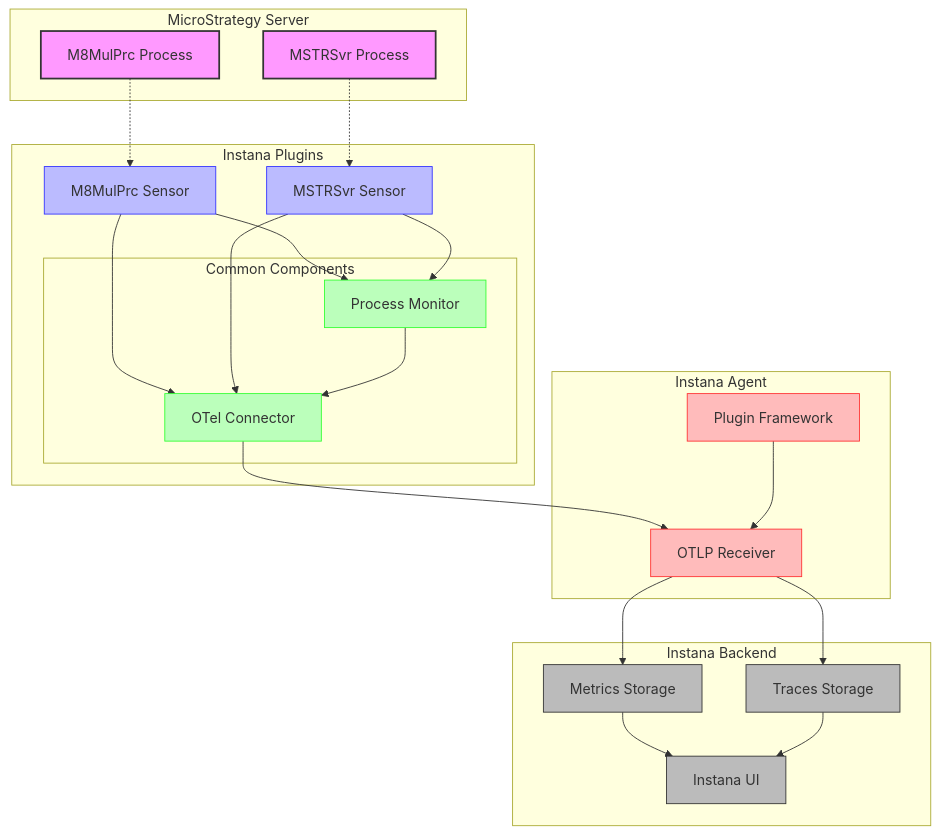
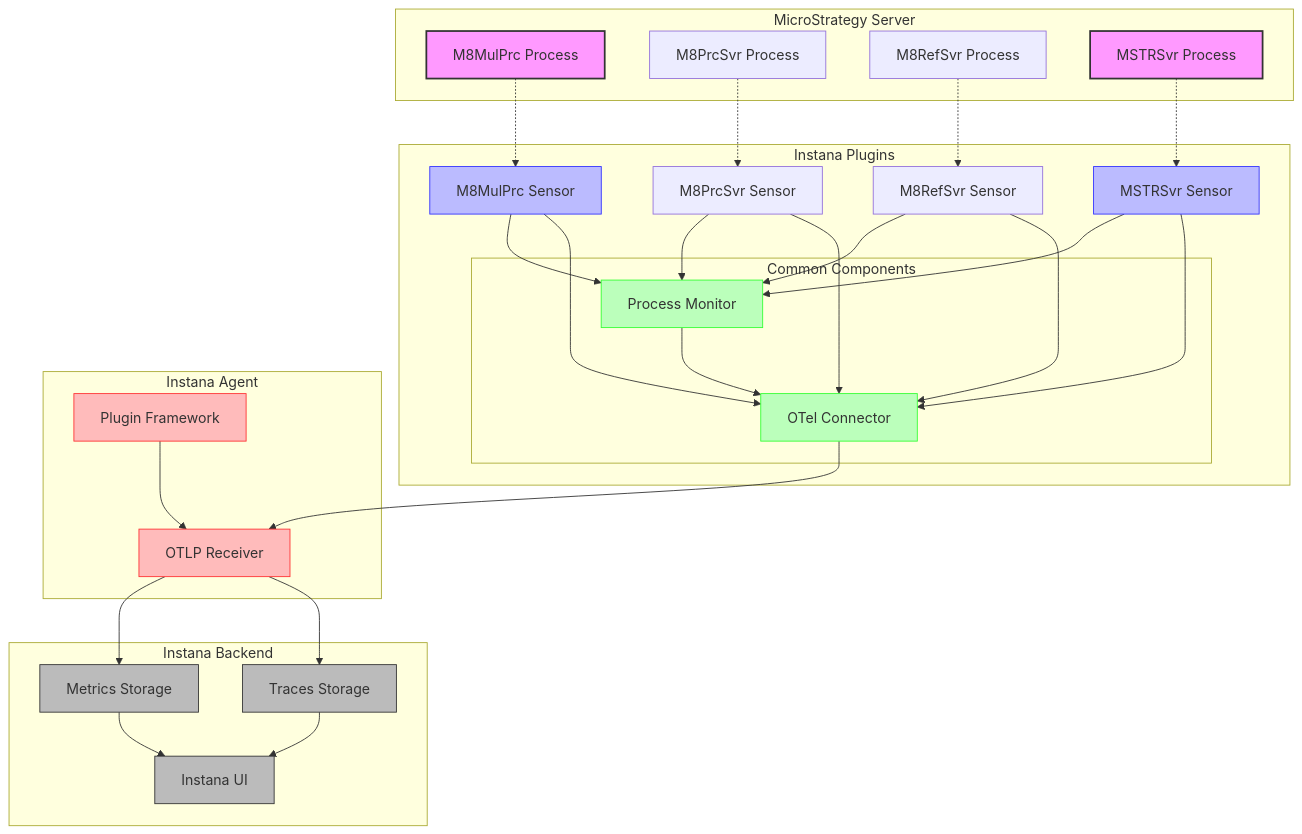
The diagram in README.md (laplaque/instana_plugins), drawn with Mermaid before and after one commit. The commit also changed other lines of this file and 6 other files, not shown here.

Commit message:
Update M8PrcSvr plugin to version 0.0.10

````diff
--- a/README.md
+++ b/README.md
@@ -31,56 +33,66 @@
 ```mermaid
 graph TD
     subgraph "MicroStrategy Server"
         M8["M8MulPrc Process"] 
+        M8P["M8PrcSvr Process"]
+        M8R["M8RefSvr Process"]
         MS["MSTRSvr Process"]
     end
     
     subgraph "Instana Plugins"
         M8S["M8MulPrc Sensor"]
+        M8PS["M8PrcSvr Sensor"]
+        M8RS["M8RefSvr Sensor"]
         MSS["MSTRSvr Sensor"]
         
         subgraph "Common Components"
             PM["Process Monitor"]
             OTEL["OTel Connector"]
         end
         
         M8S --> PM
+        M8PS --> PM
+        M8RS --> PM
         MSS --> PM
         M8S --> OTEL
+        M8PS --> OTEL
+        M8RS --> OTEL
         MSS --> OTEL
     end
     
     subgraph "Instana Agent"
         OTLP["OTLP Receiver"]
         PLUGIN["Plugin Framework"]
     end
     
     M8 -.-> M8S
+    M8P -.-> M8PS
+    M8R -.-> M8RS
     MS -.-> MSS
     PM --> OTEL
     OTEL --> OTLP
     PLUGIN --> OTLP
     
     subgraph "Instana Backend"
         METRICS["Metrics Storage"]
         TRACES["Traces Storage"]
         UI["Instana UI"]
     end
     
     OTLP --> METRICS
     OTLP --> TRACES
     METRICS --> UI
     TRACES --> UI
     
     classDef process fill:#f9f,stroke:#333,stroke-width:2px;
     classDef component fill:#bbf,stroke:#33f,stroke-width:1px;
     classDef common fill:#bfb,stroke:#3f3,stroke-width:1px;
     classDef agent fill:#fbb,stroke:#f33,stroke-width:1px;
     classDef backend fill:#bbb,stroke:#333,stroke-width:1px;
     
     class M8,MS process;
     class M8S,MSS component;
     class PM,OTEL common;
     class OTLP,PLUGIN agent;
     class METRICS,TRACES,UI backend;
 ```
````
